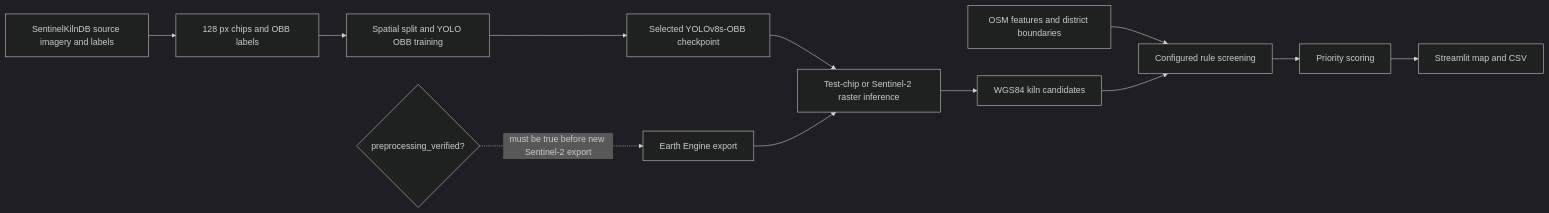
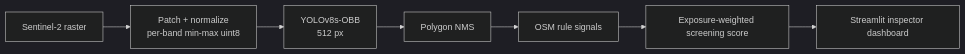
The diagram in docs/ARCHITECTURE.md (sheikh2583/Hack-For-Humanity), drawn with Mermaid (dark theme) before and after one commit. The commit also changed other lines of this file and 58 other files, not shown here.

````diff
--- a/docs/ARCHITECTURE.md
+++ b/docs/ARCHITECTURE.md
@@ -5,14 +5,9 @@
 ```mermaid
 flowchart LR
-    A[SentinelKilnDB source imagery and labels] --> B[128 px chips and OBB labels]
-    B --> C[Spatial split and YOLO OBB training]
-    C --> D[Selected YOLOv8s-OBB checkpoint]
-    D --> E[Test-chip or Sentinel-2 raster inference]
-    E --> F[WGS84 kiln candidates]
-    G[OSM features and district boundaries] --> H[Configured rule screening]
-    F --> H
-    H --> I[Priority scoring]
-    I --> J[Streamlit map and CSV]
-    K{preprocessing_verified?} -. must be true before new Sentinel-2 export .-> L[Earth Engine export]
-    L --> E
+    A[Sentinel-2 raster] --> B[Patch + normalize<br/>per-band min-max uint8]
+    B --> C[YOLOv8s-OBB<br/>512 px]
+    C --> D[Polygon NMS]
+    D --> E[OSM rule signals]
+    E --> F[Exposure-weighted screening score]
+    F --> G[Streamlit inspector dashboard]
 ```
````
